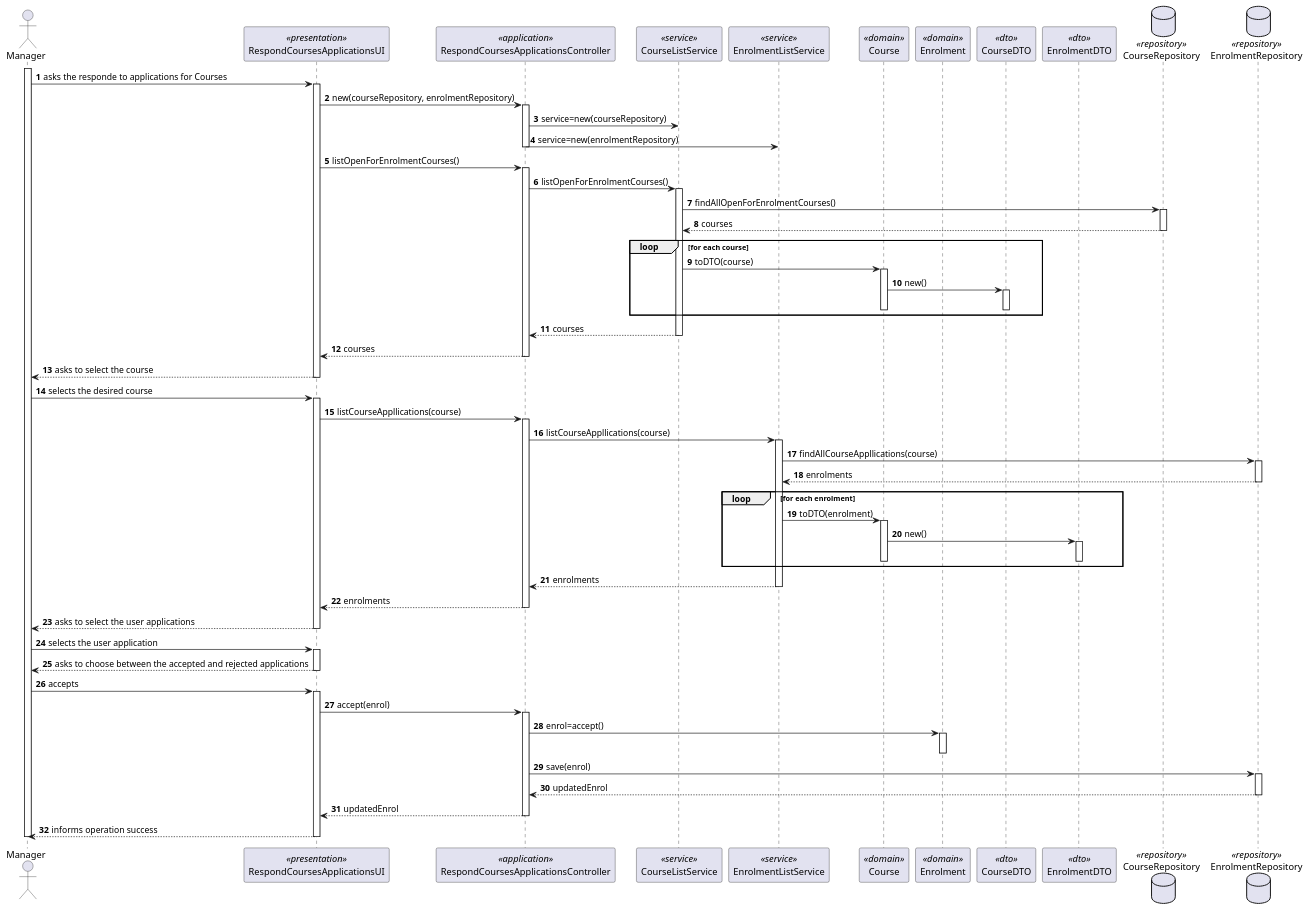
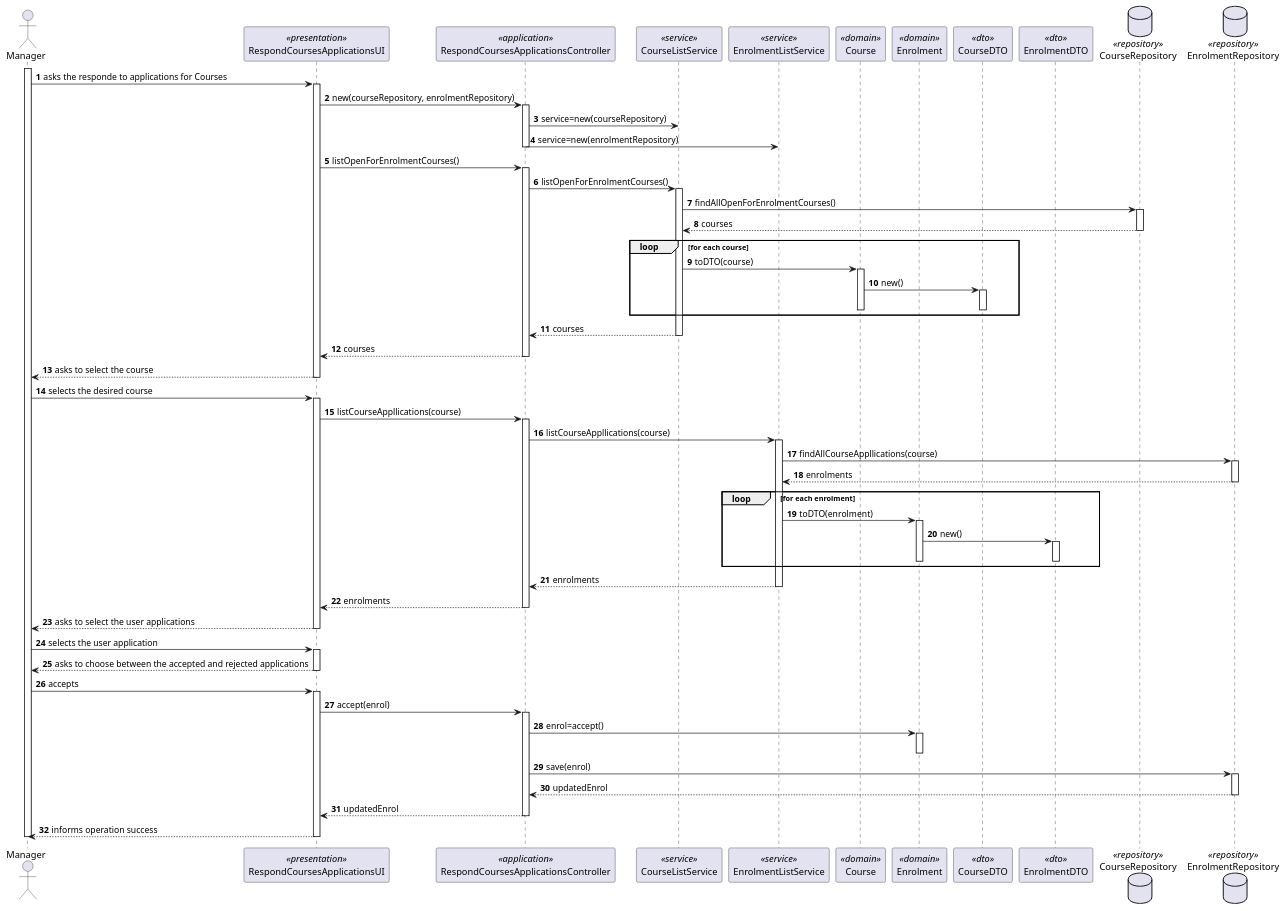
The diagram in docs/sprint-b/us15-1009/US1009_SD.puml (miseEnPlace-dev/lapr4), drawn with PlantUML before and after one commit. The commit also changed 1 other file, not shown here.

```diff
--- a/docs/sprint-b/us15-1009/US1009_SD.puml
+++ b/docs/sprint-b/us15-1009/US1009_SD.puml
@@ -1,106 +1,106 @@
 @startuml US1009_SD
 autonumber
 
 actor "Manager" as M
 participant "RespondCoursesApplicationsUI" as UI <<presentation>>
 participant "RespondCoursesApplicationsController" as CTRL <<application>>
 participant "CourseListService" as CSRV <<service>>
 participant "EnrolmentListService" as ESRV <<service>>
 participant "Course" as C <<domain>>
 participant "Enrolment" as E <<domain>>
 participant "CourseDTO" as CDTO <<dto>>
 participant "EnrolmentDTO" as EDTO <<dto>>
 
 database CourseRepository as CREP <<repository>>
 database EnrolmentRepository as EREP <<repository>>
 
 activate M
 
 M -> UI : asks the responde to applications for Courses
 activate UI
 
 UI -> CTRL : new(courseRepository, enrolmentRepository)
 activate CTRL
 CTRL -> CSRV : service=new(courseRepository)
 CTRL -> ESRV : service=new(enrolmentRepository)
 deactivate CTRL
 
 UI -> CTRL : listOpenForEnrolmentCourses()
 activate CTRL
 CTRL -> CSRV : listOpenForEnrolmentCourses()
 activate CSRV
 CSRV -> CREP : findAllOpenForEnrolmentCourses()
 activate CREP
 CREP --> CSRV : courses
 deactivate CREP
 
 loop for each course
   CSRV -> C : toDTO(course)
   activate C
   C -> CDTO : new()
   activate CDTO
   deactivate CDTO
   deactivate C
 end loop
 
 CSRV --> CTRL : courses
 deactivate CSRV
 CTRL --> UI : courses
 deactivate CTRL
 
 UI --> M : asks to select the course
 deactivate UI
 
 M -> UI : selects the desired course
 activate UI
 
 UI -> CTRL : listCourseAppllications(course)
 activate CTRL
 CTRL -> ESRV : listCourseAppllications(course)
 activate ESRV
 ESRV -> EREP : findAllCourseAppllications(course)
 activate EREP
 EREP --> ESRV : enrolments
 deactivate EREP
 
 loop for each enrolment
-  ESRV -> C : toDTO(enrolment)
-  activate C
-  C -> EDTO : new()
+  ESRV -> E : toDTO(enrolment)
+  activate E
+  E -> EDTO : new()
   activate EDTO
   deactivate EDTO
-  deactivate C
+  deactivate E
 end loop
 
 ESRV --> CTRL : enrolments
 deactivate ESRV
 CTRL --> UI : enrolments
 deactivate CTRL
 
 UI --> M : asks to select the user applications
 deactivate UI
 
 M -> UI : selects the user application
 activate UI
 UI--> M : asks to choose between the accepted and rejected applications
 deactivate UI
 
 M -> UI : accepts
 activate UI
 UI -> CTRL : accept(enrol)
 activate CTRL
 CTRL -> E : enrol=accept()
 activate E
 deactivate E
 CTRL -> EREP : save(enrol)
 activate EREP
 EREP --> CTRL : updatedEnrol
 deactivate EREP
 CTRL --> UI : updatedEnrol
 deactivate CTRL
 UI--> M : informs operation success
 deactivate UI
 
 deactivate M
 
 @enduml
```
